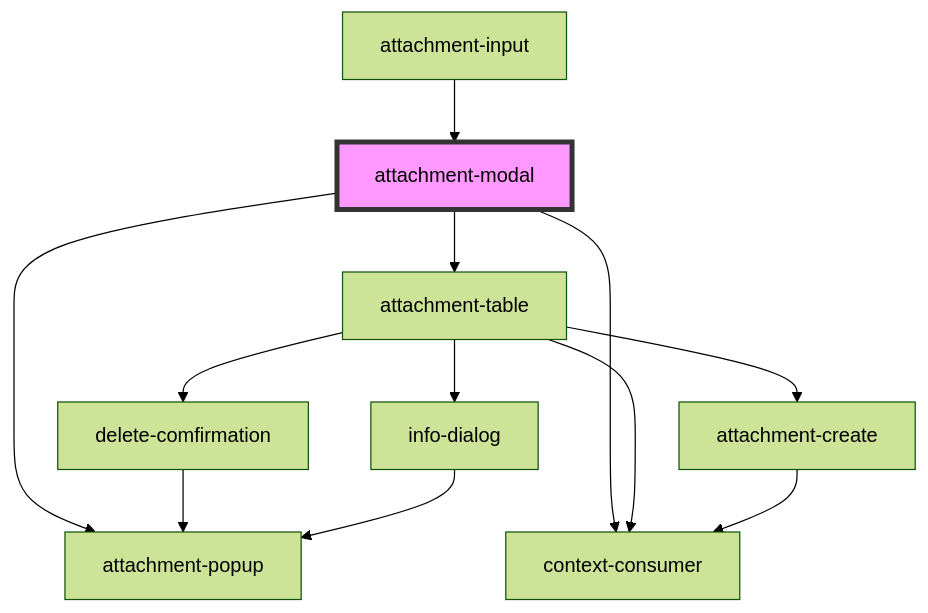
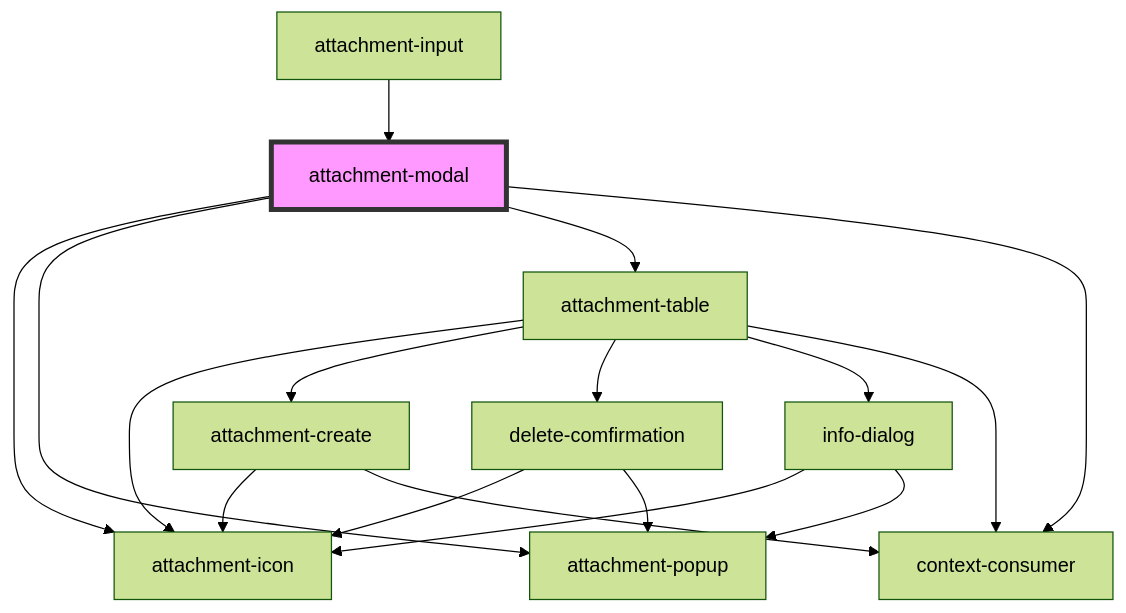
One commit to attachmentcore/attachment-core changed the diagram in AttachmentSystem.Component/src/components/Modal/readme.md. Above: the diagram before and after it, drawn with Mermaid (forest theme). The commit also changed other lines of this file and 13 other files, not shown here.

````diff
--- a/AttachmentSystem.Component/src/components/Modal/readme.md
+++ b/AttachmentSystem.Component/src/components/Modal/readme.md
@@ -51,15 +52,20 @@
 ```mermaid
 graph TD;
+  attachment-modal --> attachment-icon
   attachment-modal --> attachment-popup
   attachment-modal --> attachment-table
   attachment-modal --> context-consumer
+  attachment-table --> attachment-icon
   attachment-table --> attachment-create
   attachment-table --> delete-comfirmation
   attachment-table --> info-dialog
   attachment-table --> context-consumer
+  attachment-create --> attachment-icon
   attachment-create --> context-consumer
+  delete-comfirmation --> attachment-icon
   delete-comfirmation --> attachment-popup
+  info-dialog --> attachment-icon
   info-dialog --> attachment-popup
   attachment-input --> attachment-modal
   style attachment-modal fill:#f9f,stroke:#333,stroke-width:4px
 ```
````
